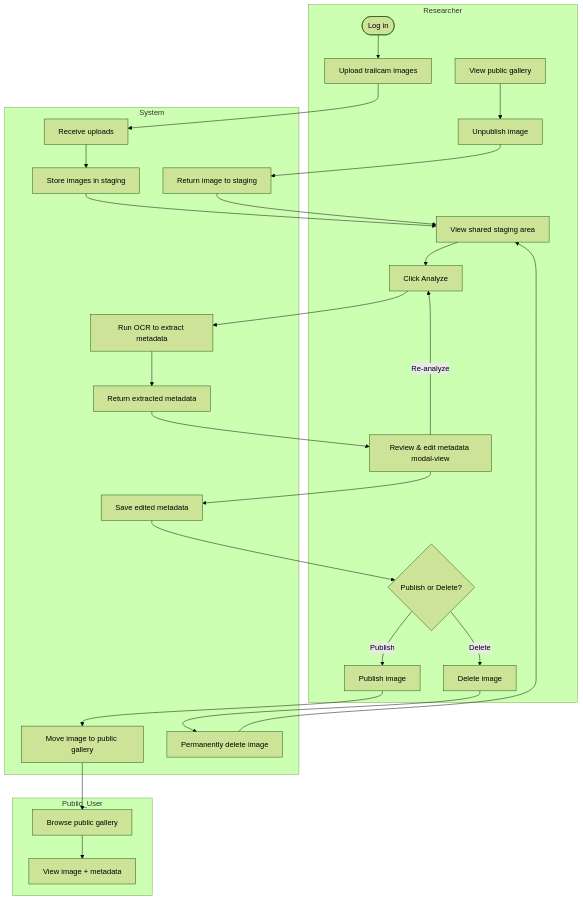
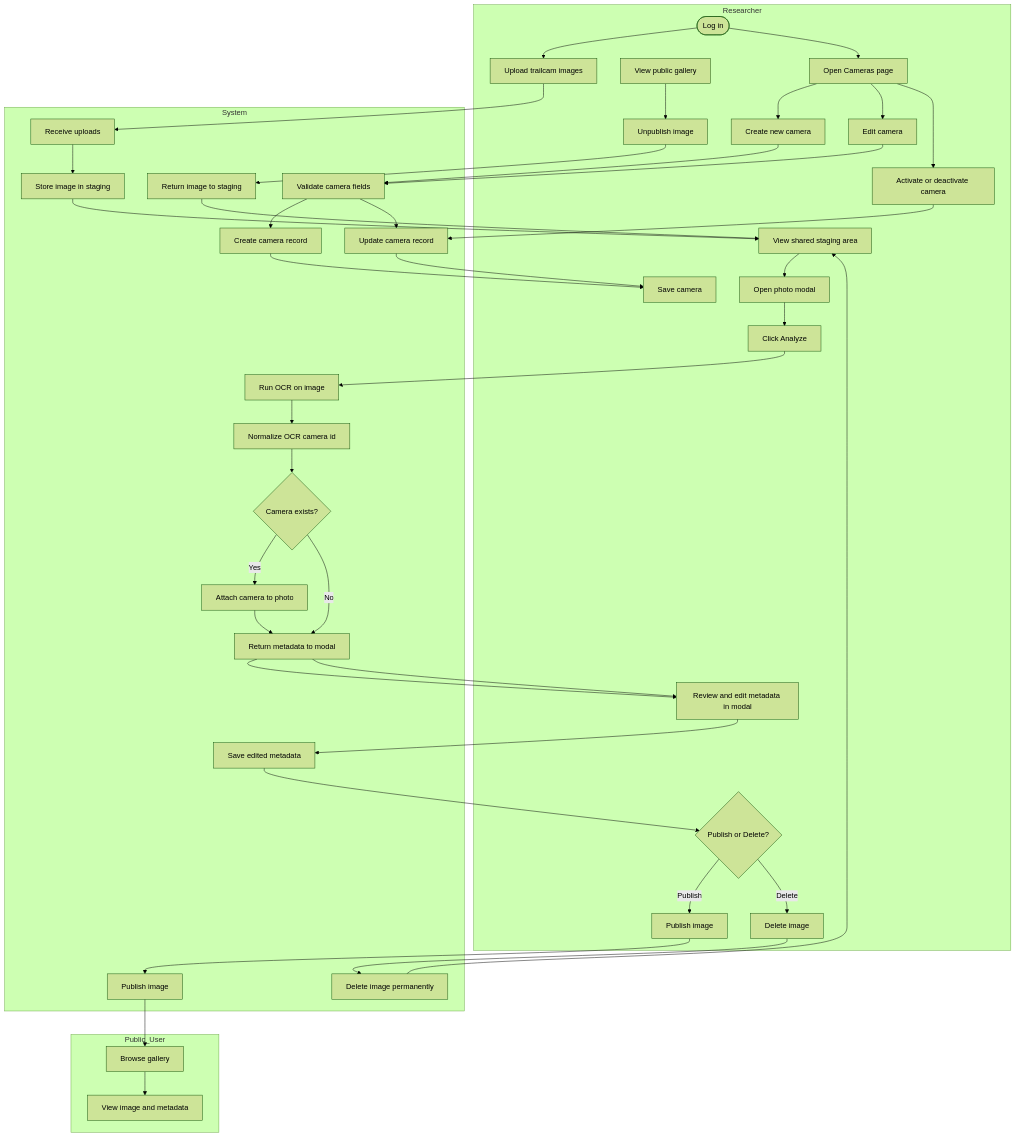
The first of 3 diagrams in README.md (RyanEAA/django-trailcam-animal-tracker), drawn with Mermaid (forest theme) before and after one commit. The commit also changed other lines of this file and 1 other file, not shown here.

Commit message:
updated userflow diagram, system architecture diagram and data model diagram in readme file

````diff
--- a/README.md
+++ b/README.md
@@ -220,44 +240,63 @@
 ```mermaid
 flowchart TD
 
 %% ========= ROLES / SWIMLANES =========
 subgraph Researcher
   R1([Log in])
   R2[Upload trailcam images]
   R3[View shared staging area]
-  R4[Click Analyze]
-  R5[Review & edit metadata modal-view]
-  R6{Publish or Delete?}
-  R7[Publish image]
-  R8[Delete image]
-  R9[View public gallery]
-  R10[Unpublish image]
+  R4[Open photo modal]
+  R5[Click Analyze]
+  R6[Review and edit metadata in modal]
+  R7{Publish or Delete?}
+  R8[Publish image]
+  R9[Delete image]
+  R10[View public gallery]
+  R11[Unpublish image]
+
+  RC1[Open Cameras page]
+  RC2[Create new camera]
+  RC3[Edit camera]
+  RC4[Save camera]
+  RC5[Activate or deactivate camera]
 end
 
 subgraph System
   S1[Receive uploads]
-  S2[Store images in staging]
-  S3[Run OCR to extract metadata]
-  S4[Return extracted metadata]
-  S5[Save edited metadata]
-  S6[Move image to public gallery]
-  S7[Permanently delete image]
-  S8[Return image to staging]
+  S2[Store image in staging]
+  S3[Run OCR on image]
+  S3A[Normalize OCR camera id]
+  S4{Camera exists?}
+  S5[Attach camera to photo]
+  S6[Return metadata to modal]
+  S7[Save edited metadata]
+  S8[Publish image]
+  S9[Delete image permanently]
+  S10[Return image to staging]
+
+  SC1[Validate camera fields]
+  SC2[Create camera record]
+  SC3[Update camera record]
 end
 
 subgraph Public_User
-  P1[Browse public gallery]
-  P2[View image + metadata]
+  P1[Browse gallery]
+  P2[View image and metadata]
 end
 
-%% ========= MAIN FLOW =========
-R1 --> R2 --> S1 --> S2 --> R3 --> R4 --> S3 --> S4 --> R5 --> S5 --> R6
+%% ========= PHOTO FLOW =========
+R1 --> R2 --> S1 --> S2 --> R3 --> R4 --> R5 --> S3 --> S3A --> S4
+S4 -->|Yes| S5 --> S6 --> R6 --> S7 --> R7
+S4 -->|No| S6 --> R6
 
-%% ========= DECISION =========
-R6 -->|Publish| R7 --> S6 --> P1 --> P2
-R6 -->|Delete| R8 --> S7 --> R3
+R7 -->|Publish| R8 --> S8 --> P1 --> P2
+R7 -->|Delete| R9 --> S9 --> R3
 
-%% ========= LOOPS =========
-R5 -->|Re-analyze| R4
-R9 --> R10 --> S8 --> R3
+R10 --> R11 --> S10 --> R3
+
+%% ========= CAMERA FLOW =========
+R1 --> RC1
+RC1 --> RC2 --> SC1 --> SC2 --> RC4
+RC1 --> RC3 --> SC1 --> SC3 --> RC4
+RC1 --> RC5 --> SC3
 ```
````
